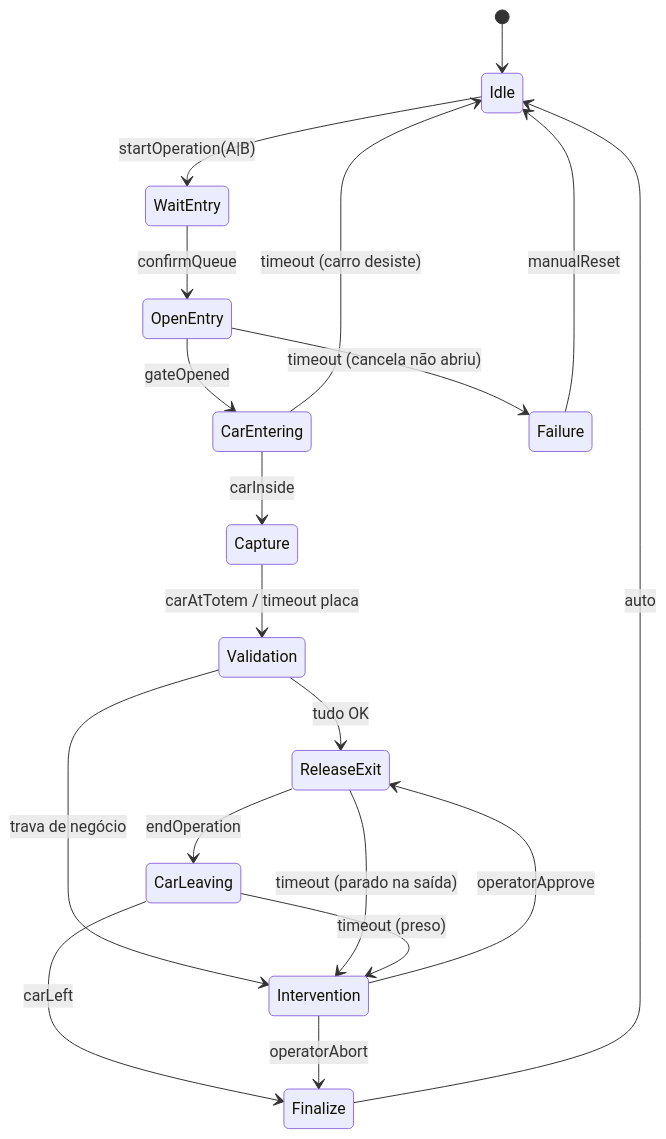
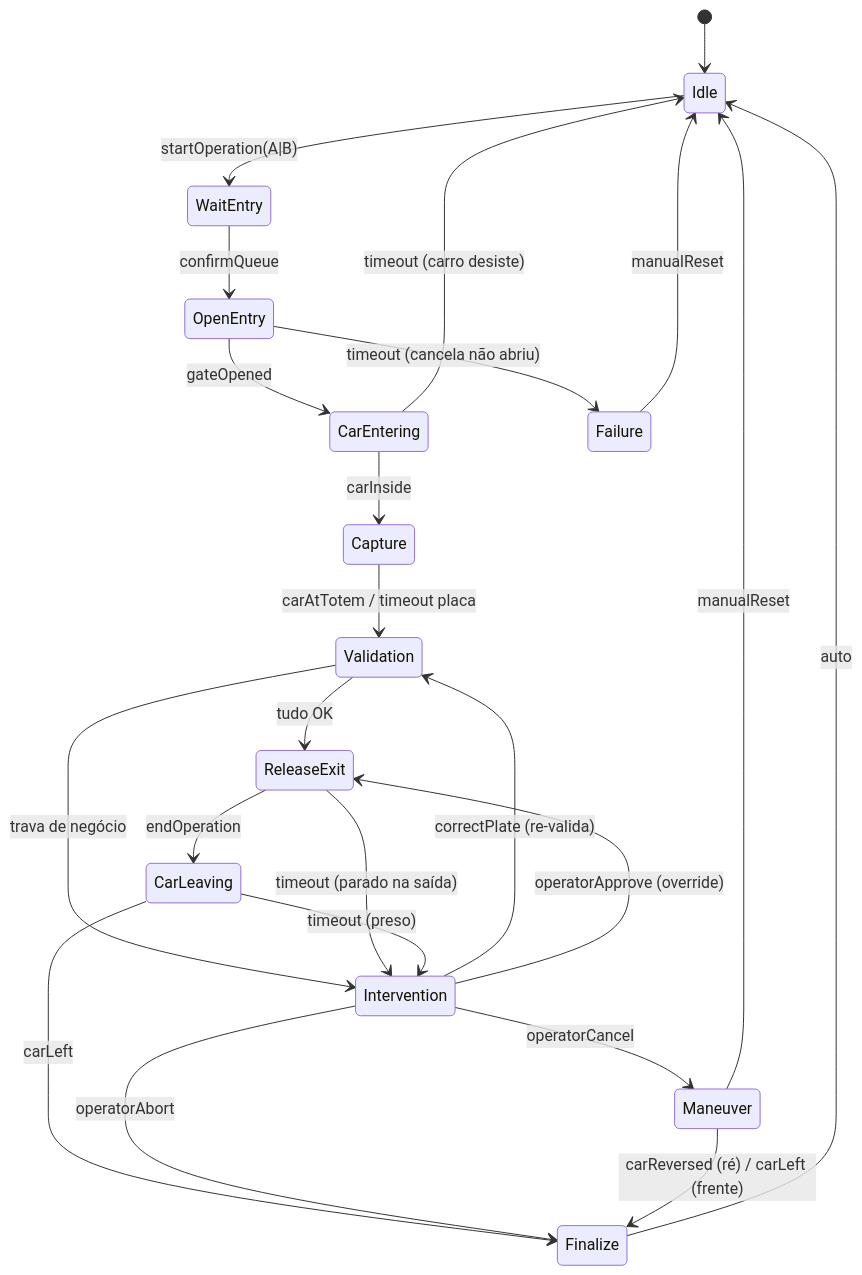
The third of 5 diagrams in README.md (renanlido/teste_classes), drawn with Mermaid before and after one commit. The commit also changed other lines of this file, not shown here.

Commit message:
docs: sync README with maneuver, correction, use-case layer

````diff
--- a/README.md
+++ b/README.md
@@ -81,21 +81,25 @@
 ```mermaid
 stateDiagram-v2
   [*] --> Idle
   Idle --> WaitEntry: startOperation(A|B)
   WaitEntry --> OpenEntry: confirmQueue
   OpenEntry --> CarEntering: gateOpened
   OpenEntry --> Failure: timeout (cancela não abriu)
   CarEntering --> Capture: carInside
   CarEntering --> Idle: timeout (carro desiste)
   Capture --> Validation: carAtTotem / timeout placa
   Validation --> ReleaseExit: tudo OK
   Validation --> Intervention: trava de negócio
   ReleaseExit --> CarLeaving: endOperation
   ReleaseExit --> Intervention: timeout (parado na saída)
   CarLeaving --> Finalize: carLeft
   CarLeaving --> Intervention: timeout (preso)
   Finalize --> Idle: auto
-  Intervention --> ReleaseExit: operatorApprove
+  Intervention --> Validation: correctPlate (re-valida)
+  Intervention --> ReleaseExit: operatorApprove (override)
+  Intervention --> Maneuver: operatorCancel
   Intervention --> Finalize: operatorAbort
+  Maneuver --> Finalize: carReversed (ré) / carLeft (frente)
+  Maneuver --> Idle: manualReset
   Failure --> Idle: manualReset
 ```
````
